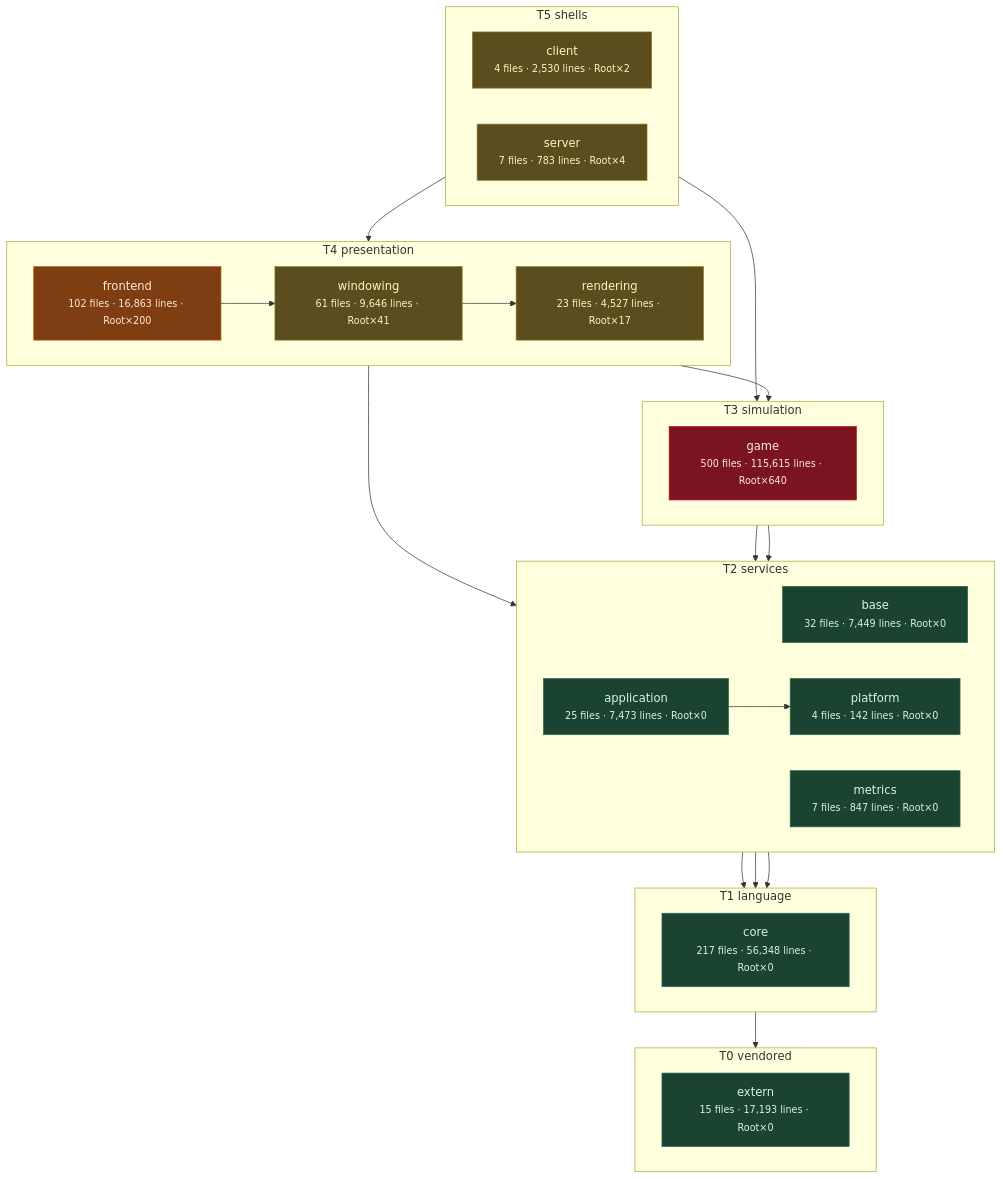
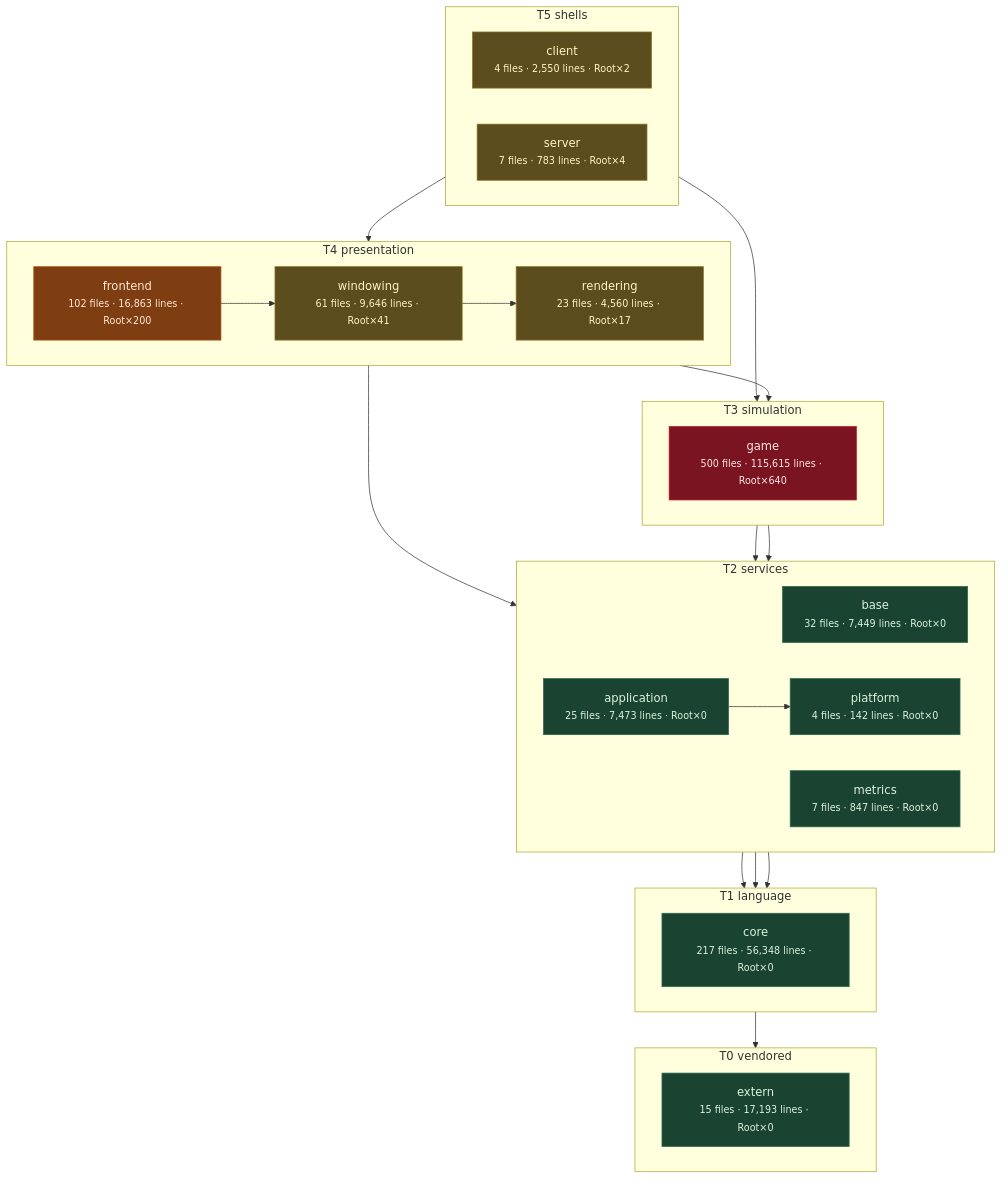
The third of 11 diagrams in docs/architecture/system-boundaries.md (apnex/OpenStarbound), drawn with Mermaid before and after one commit. The commit also changed other lines of this file and 5 other files, not shown here.

````diff
--- a/docs/architecture/system-boundaries.md
+++ b/docs/architecture/system-boundaries.md
@@ -271,54 +271,54 @@
 ```mermaid
 flowchart TD
   subgraph T0["T0 vendored"]
     direction LR
     extern["extern<br/><small>15 files · 17,193 lines · Root×0</small>"]
   end
   subgraph T1["T1 language"]
     direction LR
     core["core<br/><small>217 files · 56,348 lines · Root×0</small>"]
   end
   subgraph T2["T2 services"]
     direction LR
     base["base<br/><small>32 files · 7,449 lines · Root×0</small>"]
     metrics["metrics<br/><small>7 files · 847 lines · Root×0</small>"]
     platform["platform<br/><small>4 files · 142 lines · Root×0</small>"]
     application["application<br/><small>25 files · 7,473 lines · Root×0</small>"]
   end
   subgraph T3["T3 simulation"]
     direction LR
     game["game<br/><small>500 files · 115,615 lines · Root×640</small>"]
   end
   subgraph T4["T4 presentation"]
     direction LR
-    rendering["rendering<br/><small>23 files · 4,527 lines · Root×17</small>"]
+    rendering["rendering<br/><small>23 files · 4,560 lines · Root×17</small>"]
     windowing["windowing<br/><small>61 files · 9,646 lines · Root×41</small>"]
     frontend["frontend<br/><small>102 files · 16,863 lines · Root×200</small>"]
   end
   subgraph T5["T5 shells"]
     direction LR
-    client["client<br/><small>4 files · 2,530 lines · Root×2</small>"]
+    client["client<br/><small>4 files · 2,550 lines · Root×2</small>"]
     server["server<br/><small>7 files · 783 lines · Root×4</small>"]
   end
   core --> extern
   base --> core
   metrics --> core
   platform --> core
   application --> platform
   game --> base
   game --> platform
   rendering --> application
   rendering --> game
   windowing --> rendering
   frontend --> windowing
   client --> frontend
   server --> game
   classDef clean fill:#1b4332,stroke:#2d6a4f,color:#d8f3dc
   classDef warm  fill:#5c4d1e,stroke:#8a7420,color:#fff3bf
   classDef hot   fill:#7f3e12,stroke:#b5561b,color:#ffe8d6
   classDef blaze fill:#7a1420,stroke:#c1121f,color:#ffe5e5
   class extern,core,base,metrics,platform,application clean
   class rendering,windowing,client,server warm
   class frontend hot
   class game blaze
 ```
````
